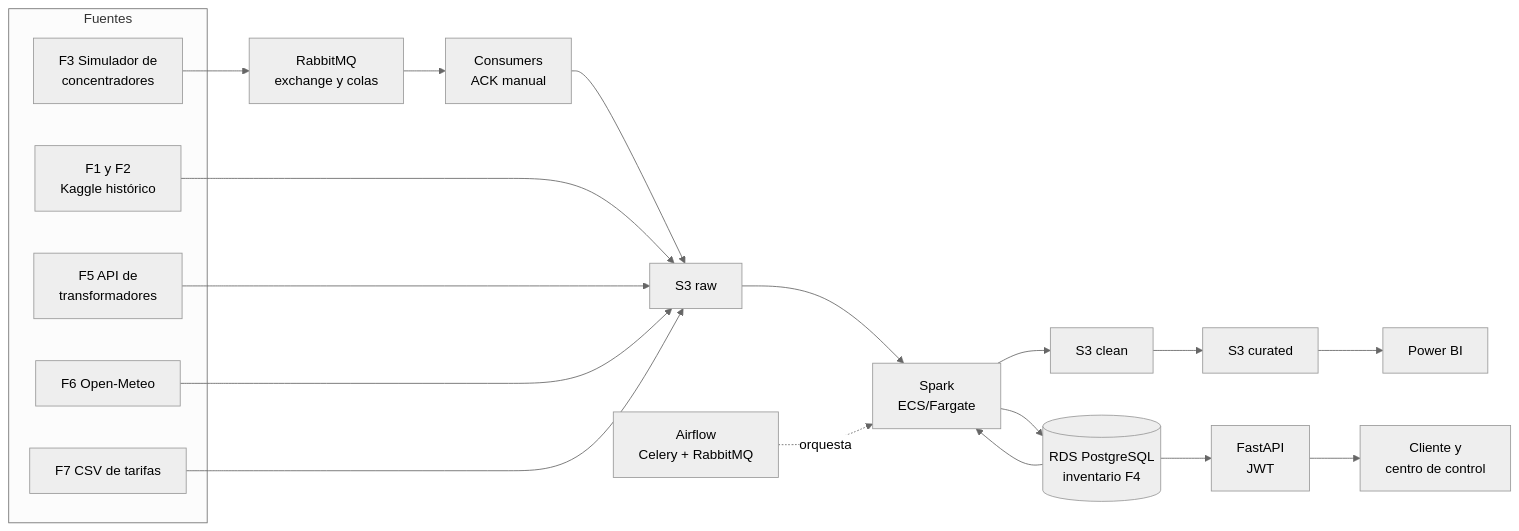
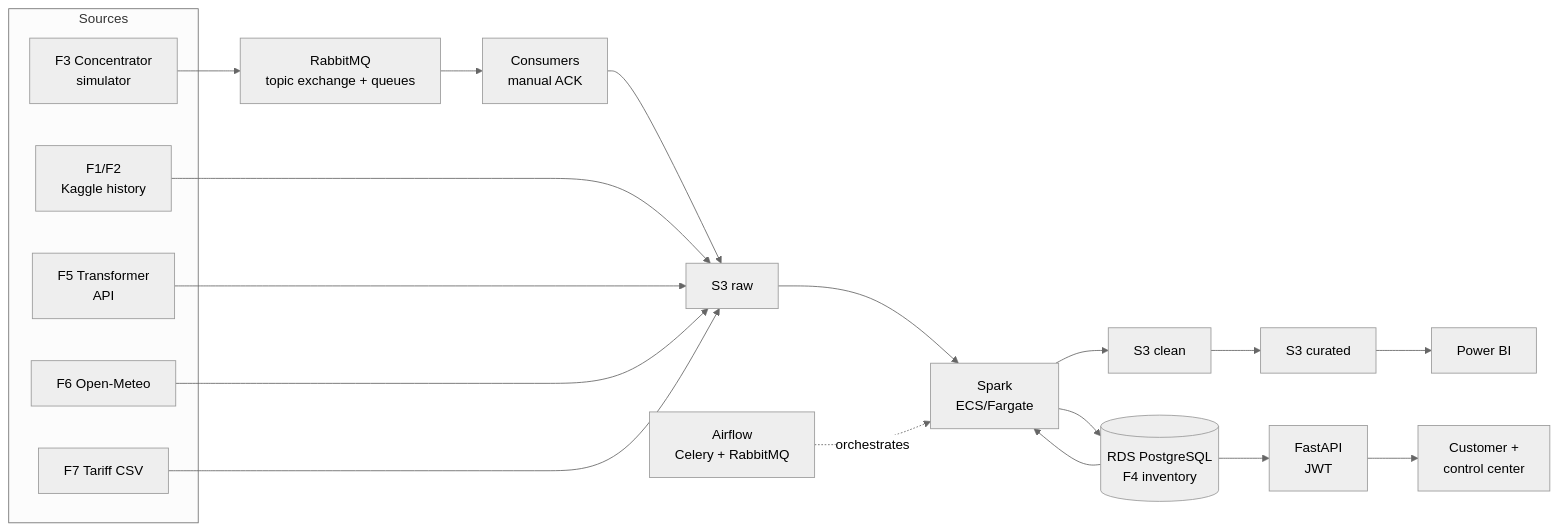
One commit to VoltiaGrid-Medicion-Inteligente/voltiagrid-api changed the diagram in README.md. Above: the diagram before and after it, drawn with Mermaid (neutral theme). The commit also changed other lines of this file and 2 other files, not shown here.

````diff
--- a/README.md
+++ b/README.md
@@ -72,26 +86,26 @@
 ```mermaid
 flowchart LR
-  subgraph FUENTES["Fuentes"]
-    F1["F1 y F2<br/>Kaggle histórico"]
-    F3["F3 Simulador de<br/>concentradores"]
-    F5["F5 API de<br/>transformadores"]
+  subgraph SOURCES["Sources"]
+    F1["F1/F2<br/>Kaggle history"]
+    F3["F3 Concentrator<br/>simulator"]
+    F5["F5 Transformer<br/>API"]
     F6["F6 Open-Meteo"]
-    F7["F7 CSV de tarifas"]
+    F7["F7 Tariff CSV"]
   end
-  F3 --> RMQ["RabbitMQ<br/>exchange y colas"]
-  RMQ --> CON["Consumers<br/>ACK manual"]
+  F3 --> RMQ["RabbitMQ<br/>topic exchange + queues"]
+  RMQ --> CON["Consumers<br/>manual ACK"]
   CON --> RAW["S3 raw"]
   F1 --> RAW
   F5 --> RAW
   F6 --> RAW
   F7 --> RAW
   RAW --> SPK["Spark<br/>ECS/Fargate"]
-  RDS[("RDS PostgreSQL<br/>inventario F4")] --> SPK
+  RDS[("RDS PostgreSQL<br/>F4 inventory")] --> SPK
   SPK --> CLEAN["S3 clean"]
   CLEAN --> CUR["S3 curated"]
   SPK --> RDS
-  AF["Airflow<br/>Celery + RabbitMQ"] -.->|orquesta| SPK
+  AF["Airflow<br/>Celery + RabbitMQ"] -.->|orchestrates| SPK
   CUR --> PBI["Power BI"]
   RDS --> API["FastAPI<br/>JWT"]
-  API --> USR["Cliente y<br/>centro de control"]
+  API --> USR["Customer +<br/>control center"]
 ```
````
